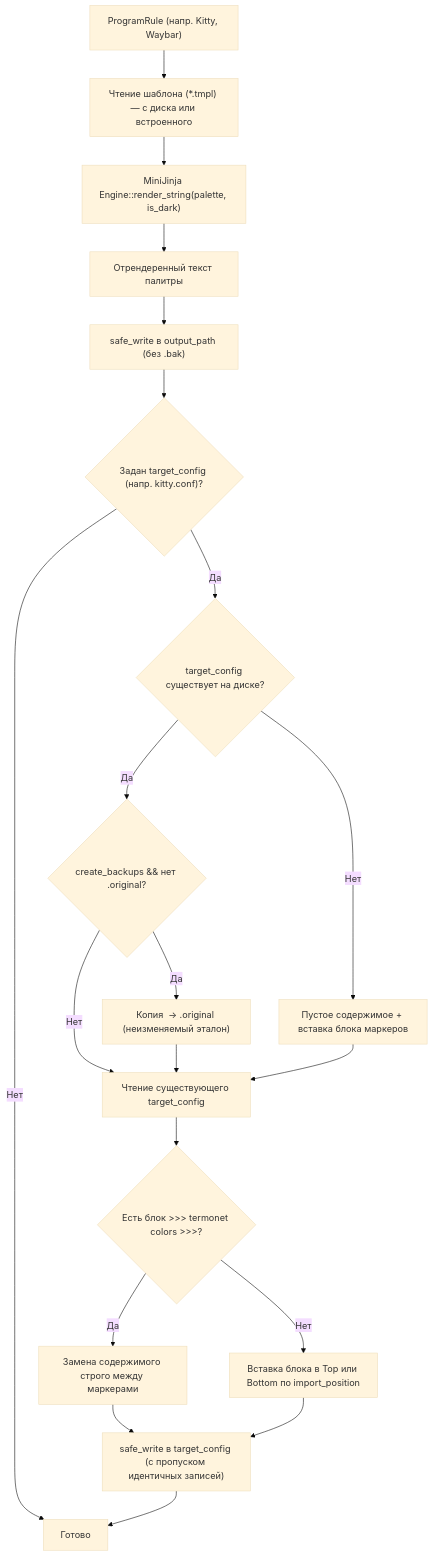
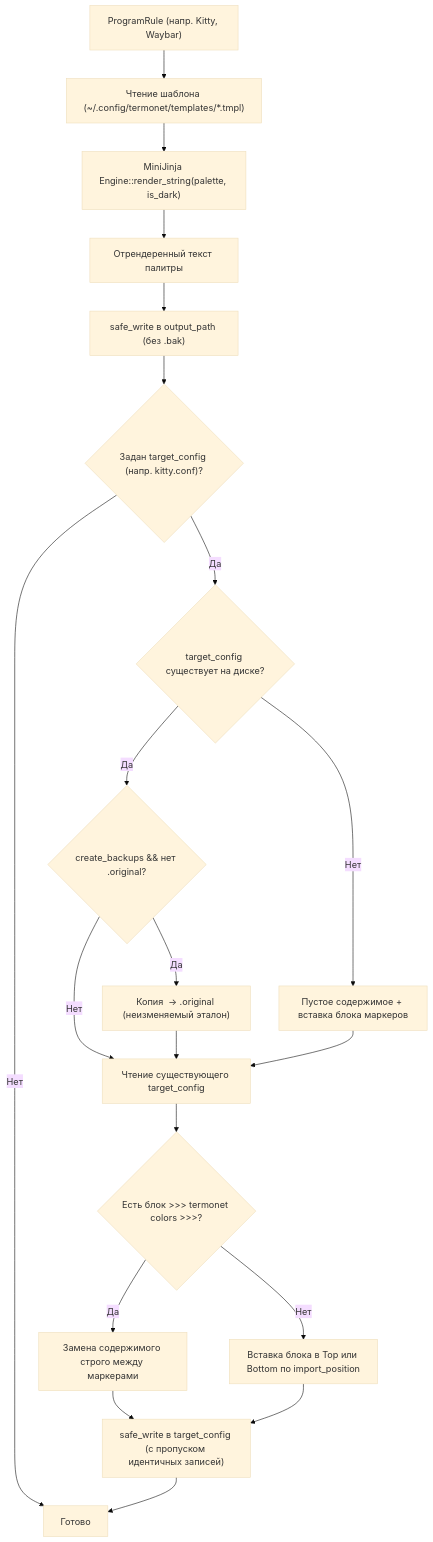
One commit to Denxrc/termonet changed the fifth of 6 diagrams in ARCHITECTURE.ru.md. Above: the diagram before and after it, drawn with Mermaid (base theme). The commit also changed other lines of this file and 3 other files, not shown here.

````diff
--- a/ARCHITECTURE.ru.md
+++ b/ARCHITECTURE.ru.md
@@ -352,28 +357,28 @@
 ```mermaid
 flowchart TD
-    Rule["ProgramRule (напр. Kitty, Waybar)"] --> LoadTmpl["Чтение шаблона (*.tmpl) — с диска или встроенного"]
+    Rule["ProgramRule (напр. Kitty, Waybar)"] --> LoadTmpl["Чтение шаблона (~/.config/termonet/templates/*.tmpl)"]
     LoadTmpl --> Jinja["MiniJinja Engine::render_string(palette, is_dark)"]
     Jinja --> Rendered["Отрендеренный текст палитры"]
     
     Rendered --> WriteOut["safe_write в output_path (без .bak)"]
     
     WriteOut --> Target{"Задан target_config (напр. kitty.conf)?"}
     Target -- Нет --> Done["Готово"]
     Target -- Да --> Exists{"target_config существует на диске?"}
     
     Exists -- Нет --> CreateNew["Пустое содержимое + вставка блока маркеров"]
     Exists -- Да --> CheckMaster{"create_backups && нет <file>.original?"}
     
     CheckMaster -- Да --> CreateMaster["Копия <file> -> <file>.original (неизменяемый эталон)"]
     CheckMaster -- Нет --> ReadOrig["Чтение существующего target_config"]
     CreateMaster --> ReadOrig
     CreateNew --> ReadOrig
     
     ReadOrig --> ParseMarkers{"Есть блок >>> termonet colors >>>?"}
     ParseMarkers -- Да --> ReplaceBlock["Замена содержимого строго между маркерами"]
     ParseMarkers -- Нет --> InjectNew["Вставка блока в Top или Bottom по import_position"]
     
     ReplaceBlock --> SafeWriteTarget["safe_write в target_config (с пропуском идентичных записей)"]
     InjectNew --> SafeWriteTarget
     SafeWriteTarget --> Done
 ```
````
